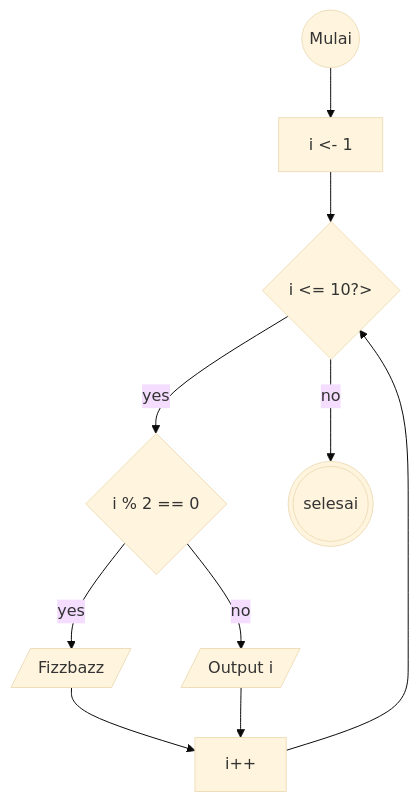
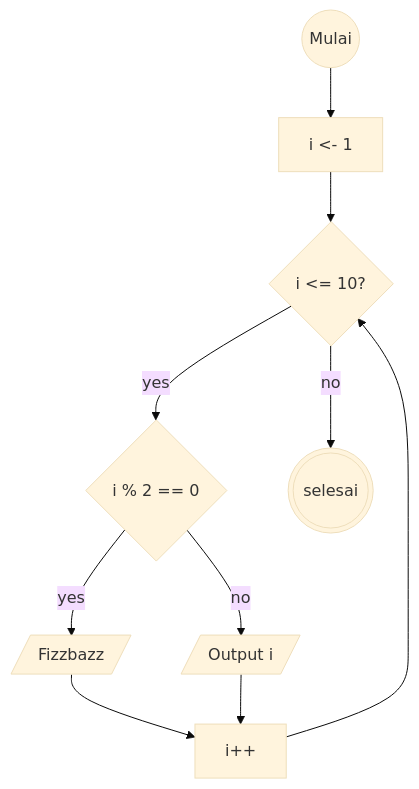
Before and after one commit to asasonda/koda-b1-deskriptif-algoritm: the diagram in PseudoCode-Looping.md, drawn with Mermaid (base theme).

````diff
--- a/PseudoCode-Looping.md
+++ b/PseudoCode-Looping.md
@@ -1,13 +1,13 @@
 ``` mermaid
 flowchart TD
     start((Mulai)) --> init[i <- 1]
-    init --> check{i <= 10?>}
+    init --> check{i <= 10?}
     check -- yes --> kondisional{i % 2 == 0}
     kondisional -- yes --> out[/Fizzbazz/]
     out --> increment[i++]
     kondisional -- no --> print[/Output i/]
     increment --> check
     print --> increment
     check -- no --> selesai(((selesai)))
 
 ```
````
